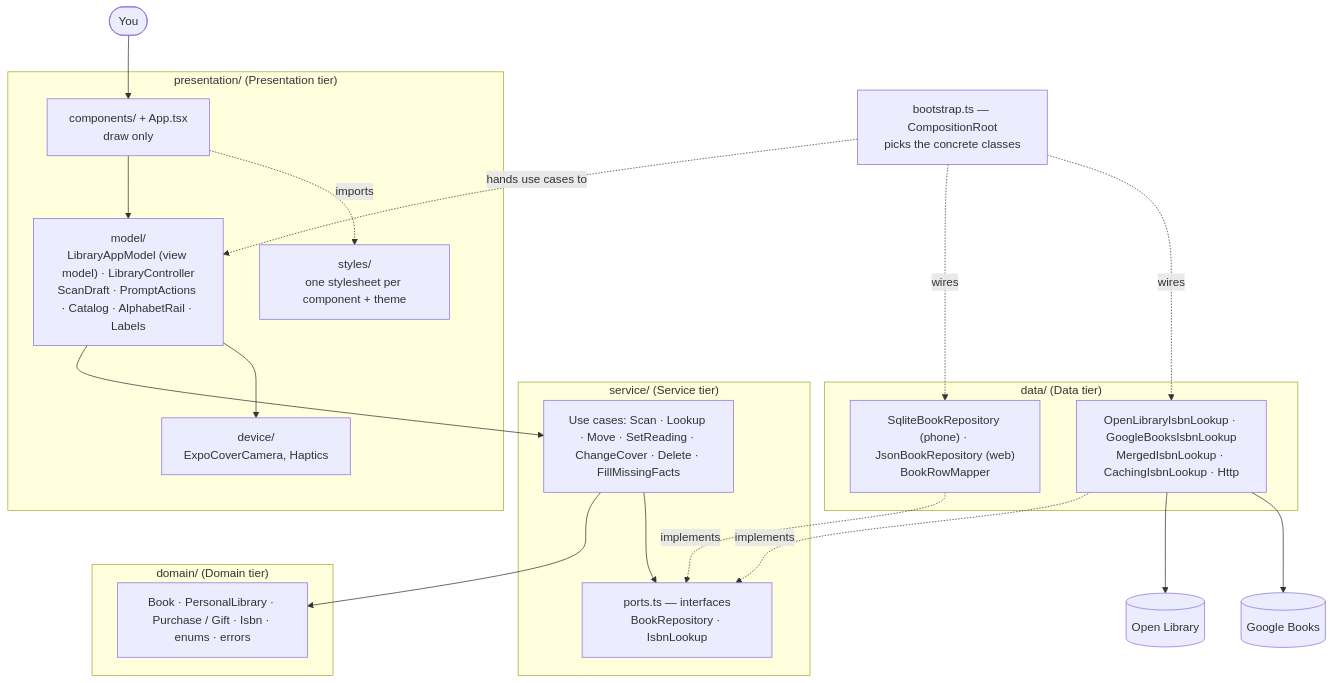
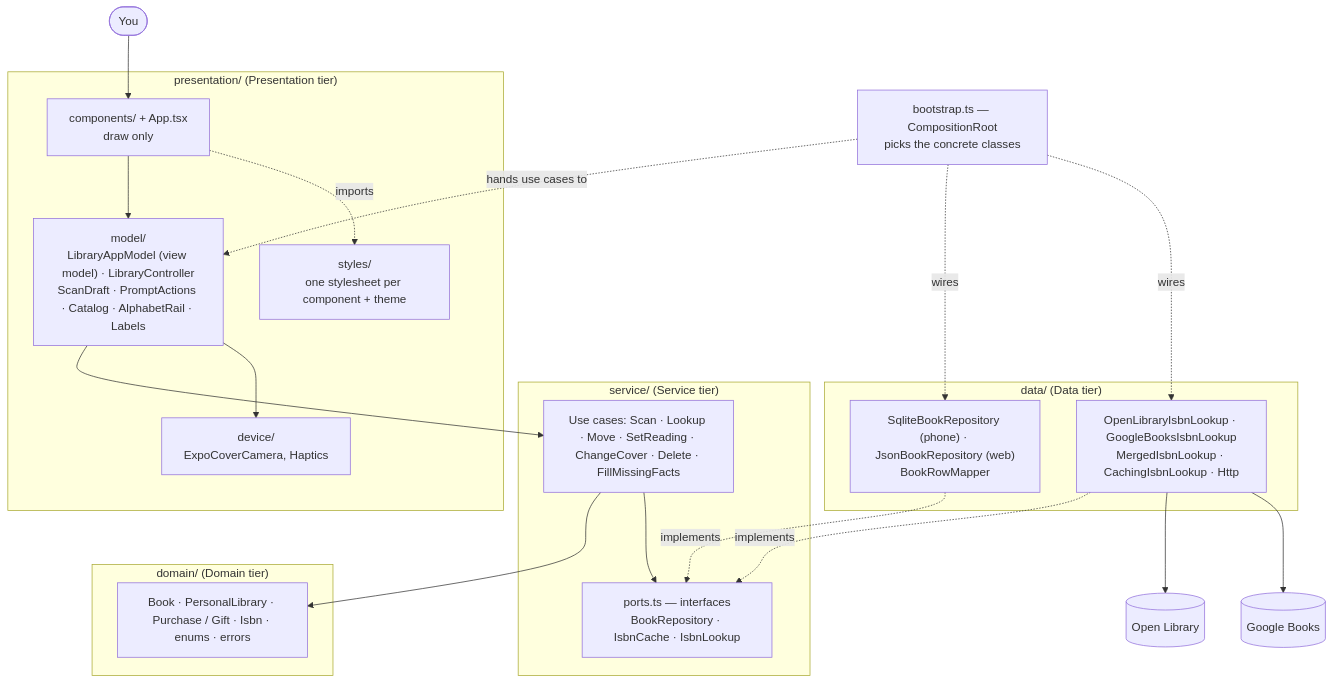
Before and after one commit to ghechavarria/cen5064-project-hechavarria: the first of 5 diagrams in docs/code-review.md, drawn with Mermaid. The commit also changed other lines of this file and 15 other files, not shown here.

First line of the commit message:
solid-refactor: Interface Segregation (split BookRepository from IsbnCache)

````diff
--- a/docs/code-review.md
+++ b/docs/code-review.md
@@ -11,39 +11,39 @@
 ```mermaid
 flowchart TB
     user(["You"])
     subgraph P["presentation/  (Presentation tier)"]
         comp["components/ + App.tsx<br/>draw only"]
         model["model/<br/>LibraryAppModel (view model) · LibraryController<br/>ScanDraft · PromptActions · Catalog · AlphabetRail · Labels"]
         device["device/<br/>ExpoCoverCamera, Haptics"]
         styles["styles/<br/>one stylesheet per component + theme"]
     end
     subgraph S["service/  (Service tier)"]
         uc["Use cases: Scan · Lookup · Move · SetReading · ChangeCover · Delete · FillMissingFacts"]
-        ports["ports.ts — interfaces<br/>BookRepository · IsbnLookup"]
+        ports["ports.ts — interfaces<br/>BookRepository · IsbnCache · IsbnLookup"]
     end
     subgraph D["domain/  (Domain tier)"]
         rules["Book · PersonalLibrary · Purchase / Gift · Isbn · enums · errors"]
     end
     subgraph DA["data/  (Data tier)"]
         repo["SqliteBookRepository (phone) · JsonBookRepository (web)<br/>BookRowMapper"]
         src["OpenLibraryIsbnLookup · GoogleBooksIsbnLookup<br/>MergedIsbnLookup · CachingIsbnLookup · Http"]
     end
     root["bootstrap.ts — CompositionRoot<br/>picks the concrete classes"]
     ol[("Open Library")]
     gb[("Google Books")]
 
     user --> comp
     comp --> model
     comp -. imports .-> styles
     model --> uc
     model --> device
     uc --> rules
     uc --> ports
     repo -. implements .-> ports
     src -. implements .-> ports
     src --> ol
     src --> gb
     root -. wires .-> repo
     root -. wires .-> src
     root -. hands use cases to .-> model
 ```
````
